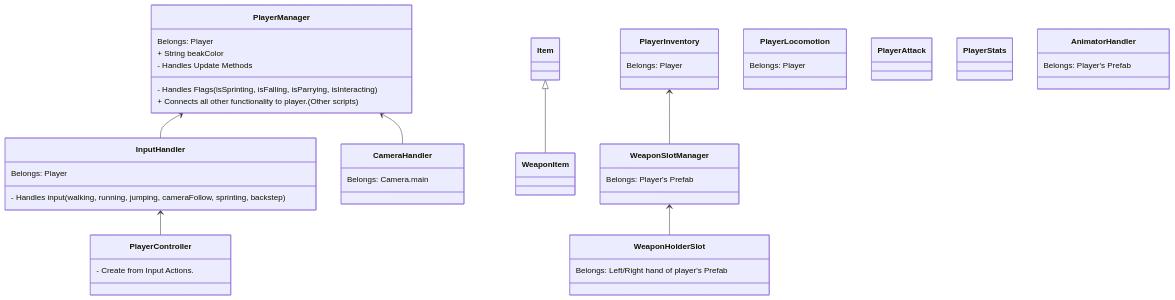
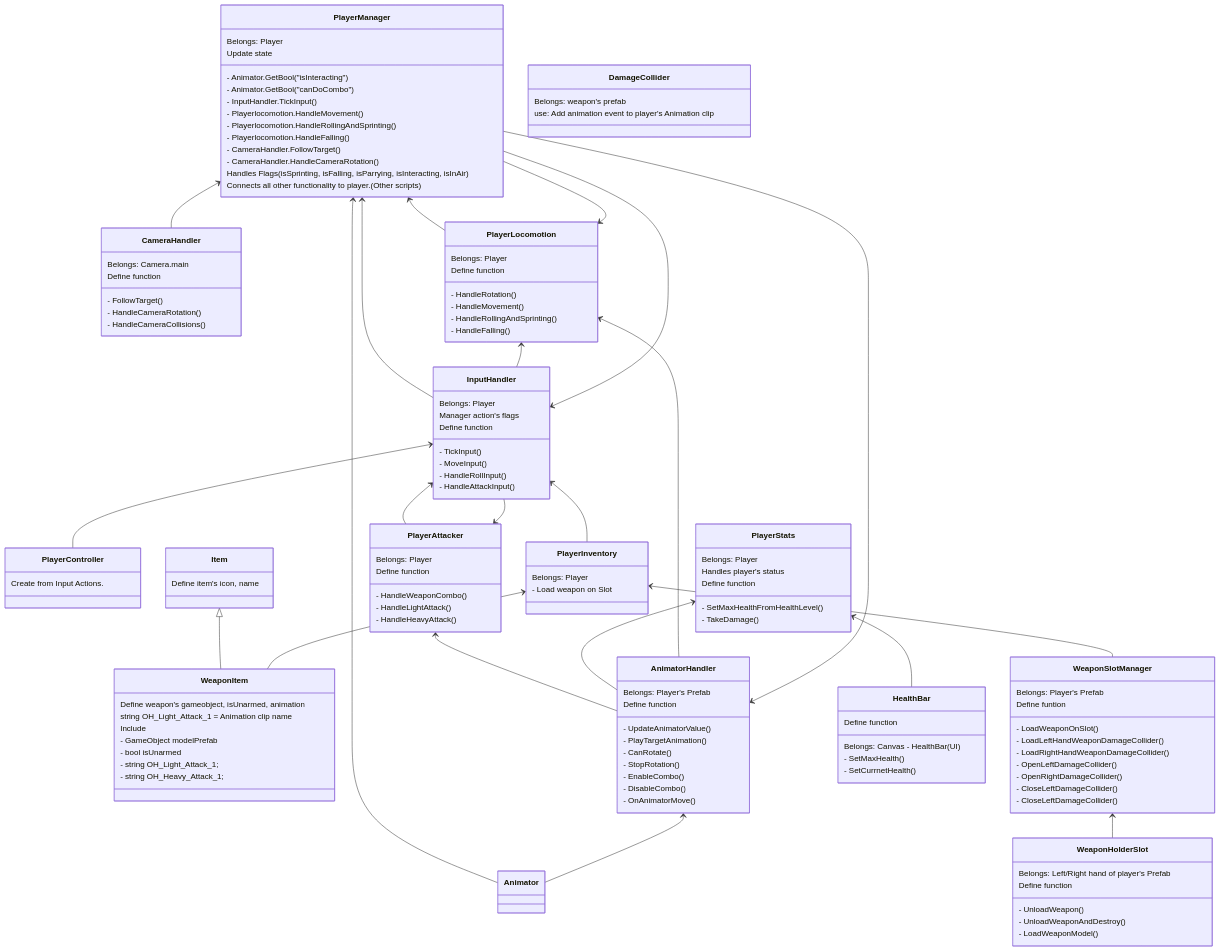
The diagram in _posts/2022-9-24-mainTree.md (8ku/game), drawn with Mermaid before and after one commit. The commit also changed 1 other file, not shown here.

Commit message:
expand maintree and animation

````diff
--- a/_posts/2022-9-24-mainTree.md
+++ b/_posts/2022-9-24-mainTree.md
@@ -12,58 +12,150 @@
 classDiagram
     PlayerManager <-- InputHandler
     PlayerManager <-- CameraHandler
+    PlayerManager <-- Animator
+    PlayerManager <-- PlayerLocomotion
     InputHandler <-- PlayerController
+    InputHandler <-- PlayerAttacker
+    InputHandler <-- PlayerInventory
+    InputHandler <-- PlayerManager
     Item <|-- WeaponItem
+    PlayerInventory <-- WeaponItem
     PlayerInventory <-- WeaponSlotManager
     WeaponSlotManager <-- WeaponHolderSlot
+    PlayerAttacker <-- AnimatorHandler
+    PlayerAttacker <-- InputHandler
+    PlayerStats <-- AnimatorHandler
+    PlayerStats <-- HealthBar
+    PlayerLocomotion <-- InputHandler
+    PlayerLocomotion <-- PlayerManager
+    PlayerLocomotion <-- AnimatorHandler
+    AnimatorHandler <-- PlayerManager
+    AnimatorHandler <-- Animator
 
     class PlayerManager{
     	Belongs: Player
-      + String beakColor
-      - Handles Update Methods
-      - Handles Flags(isSprinting, isFalling, isParrying, isInteracting)
-      + Connects all other functionality to player.(Other scripts)
+      Update state
+      	- Animator.GetBool("isInteracting")
+      	- Animator.GetBool("canDoCombo")
+      	- InputHandler.TickInput()
+      	- Playerlocomotion.HandleMovement()
+      	- Playerlocomotion.HandleRollingAndSprinting()
+      	- Playerlocomotion.HandleFalling()
+      	- CameraHandler.FollowTarget()
+      	- CameraHandler.HandleCameraRotation()
+      	
+      Handles Flags(isSprinting, isFalling, isParrying, isInteracting, isInAir)
+      Connects all other functionality to player.(Other scripts)
     }
     class InputHandler{
     	Belongs: Player
-      - Handles input(walking, running, jumping, cameraFollow, sprinting, backstep)
+    	Manager action's flags
+    	Define function
+    	- TickInput()
+    	- MoveInput()
+    	- HandleRollInput()
+    	- HandleAttackInput()
     }
     class PlayerLocomotion{
     	Belongs: Player
+    	Define function
+    	- HandleRotation()
+    	- HandleMovement()
+    	- HandleRollingAndSprinting()
+    	- HandleFalling()
     }
     
     class PlayerController{
-        - Create from Input Actions.
+      Create from Input Actions.
     }
     
-    class PlayerAttack{
+    class PlayerAttacker{
+    	Belongs: Player
+    	Define function
+    	- HandleWeaponCombo()
+    	- HandleLightAttack()
+    	- HandleHeavyAttack()
     }
     
     class PlayerInventory{
     }
+    
     class PlayerStats{
+    	Belongs: Player
+    	Handles player's status
+    	Define function
+    	- SetMaxHealthFromHealthLevel()
+    	- TakeDamage()
     }
     class AnimatorHandler{
     	Belongs: Player's Prefab
+    	Define function
+    	- UpdateAnimatorValue()
+    	- PlayTargetAnimation()
+    	- CanRotate()
+    	- StopRotation()
+    	- EnableCombo()
+    	- DisableCombo()
+    	- OnAnimatorMove()
     }
     
     class CameraHandler{
     	Belongs: Camera.main
+    	Define function
+    	- FollowTarget()
+    	- HandleCameraRotation()
+    	- HandleCameraCollisions()
     }
     
     class Item~ScriptableObject~{
+    	Define item's icon, name
+    }
     
+    class WeaponItem{
+    	Define weapon's gameobject, isUnarmed, animation 
+    	string OH_Light_Attack_1 = Animation clip name
+    	Include
+    	- GameObject modelPrefab
+    	- bool isUnarmed
+    	- string OH_Light_Attack_1;
+    	- string OH_Heavy_Attack_1;
     }
     
     class PlayerInventory{
     	Belongs: Player
+    	- Load weapon on Slot
     }
     
     class WeaponSlotManager{
     	Belongs: Player's Prefab
+    	Define funtion
+    	- LoadWeaponOnSlot()
+    	- LoadLeftHandWeaponDamageCollider()
+    	- LoadRightHandWeaponDamageCollider()
+    	- OpenLeftDamageCollider()
+    	- OpenRightDamageCollider()
+    	- CloseLeftDamageCollider()
+    	- CloseLeftDamageCollider()
     }
     
     class WeaponHolderSlot{
     	Belongs: Left/Right hand of player's Prefab
+    	Define function
+    	- UnloadWeapon()
+    	- UnloadWeaponAndDestroy()
+    	- LoadWeaponModel()
     }
+ 
+    class HealthBar{
+    	Belongs: Canvas - HealthBar(UI)
+			Define function
+			- SetMaxHealth()
+			- SetCurrnetHealth()
+    }
+    
+    class DamageCollider{
+    	Belongs: weapon's prefab
+    	use: Add animation event to player's Animation clip
+    }
+
 ```
````
